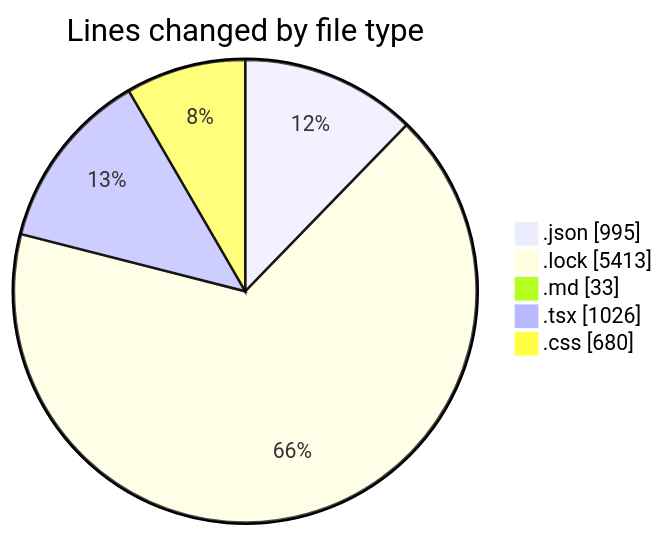
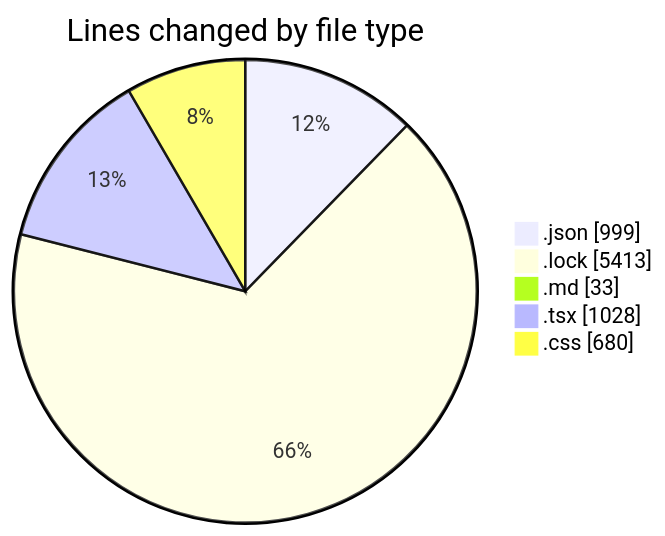
The first of 2 diagrams in 2025-08-11/ribbon/README.md (EIIisD/code-tracking), drawn with Mermaid before and after one commit. The commit also changed other lines of this file and 1 other file, not shown here.

````diff
--- a/2025-08-11/ribbon/README.md
+++ b/2025-08-11/ribbon/README.md
@@ -38,9 +38,9 @@
 ```mermaid
 pie showData
 title Lines changed by file type
-".json" : 995
+".json" : 999
 ".lock" : 5413
 ".md" : 33
-".tsx" : 1026
+".tsx" : 1028
 ".css" : 680
 ```
````
